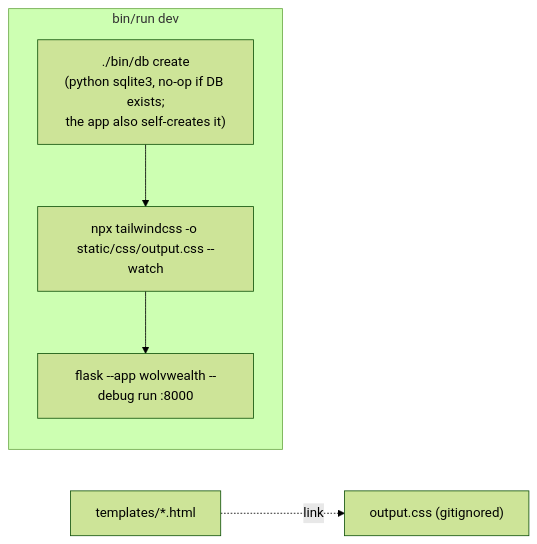
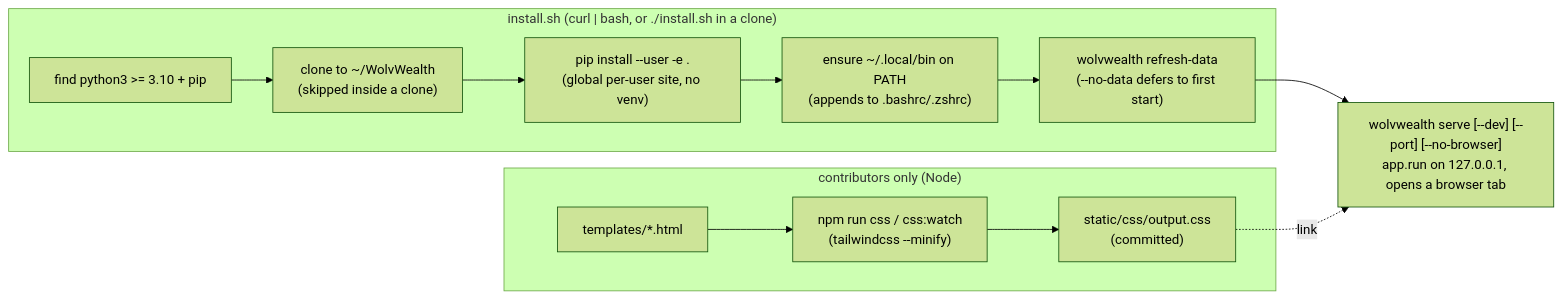
Before and after one commit to rramboer/WolvWealth: the ninth of 10 diagrams in ARCHITECTURE.md, drawn with Mermaid (forest theme). The commit also changed other lines of this file and 20 other files, not shown here.

````diff
--- a/ARCHITECTURE.md
+++ b/ARCHITECTURE.md
@@ -393,10 +394,14 @@
 ```mermaid
 flowchart LR
-    subgraph RunDev["bin/run dev"]
-        DB1["./bin/db create<br/>(python sqlite3, no-op if DB exists;<br/>the app also self-creates it)"]
-        TW["npx tailwindcss -o static/css/output.css --watch"]
-        FL["flask --app wolvwealth --debug run :8000"]
+    subgraph Install["install.sh (curl | bash, or ./install.sh in a clone)"]
+        PY["find python3 >= 3.10 + pip"] --> CL["clone to ~/WolvWealth<br/>(skipped inside a clone)"]
+        CL --> PIP["pip install --user -e .<br/>(global per-user site, no venv)"]
+        PIP --> PATHFIX["ensure ~/.local/bin on PATH<br/>(appends to .bashrc/.zshrc)"]
+        PATHFIX --> DATA["wolvwealth refresh-data<br/>(--no-data defers to first start)"]
     end
-    DB1 --> TW --> FL
-    TPL["templates/*.html"] -. "link" .-> OUT["output.css (gitignored)"]
+    DATA --> SERVE["wolvwealth serve [--dev] [--port] [--no-browser]<br/>app.run on 127.0.0.1, opens a browser tab"]
+    subgraph Styling["contributors only (Node)"]
+        TPL["templates/*.html"] --> TW["npm run css / css:watch<br/>(tailwindcss --minify)"] --> OUT["static/css/output.css<br/>(committed)"]
+    end
+    OUT -. "link" .-> SERVE
 ```
````
